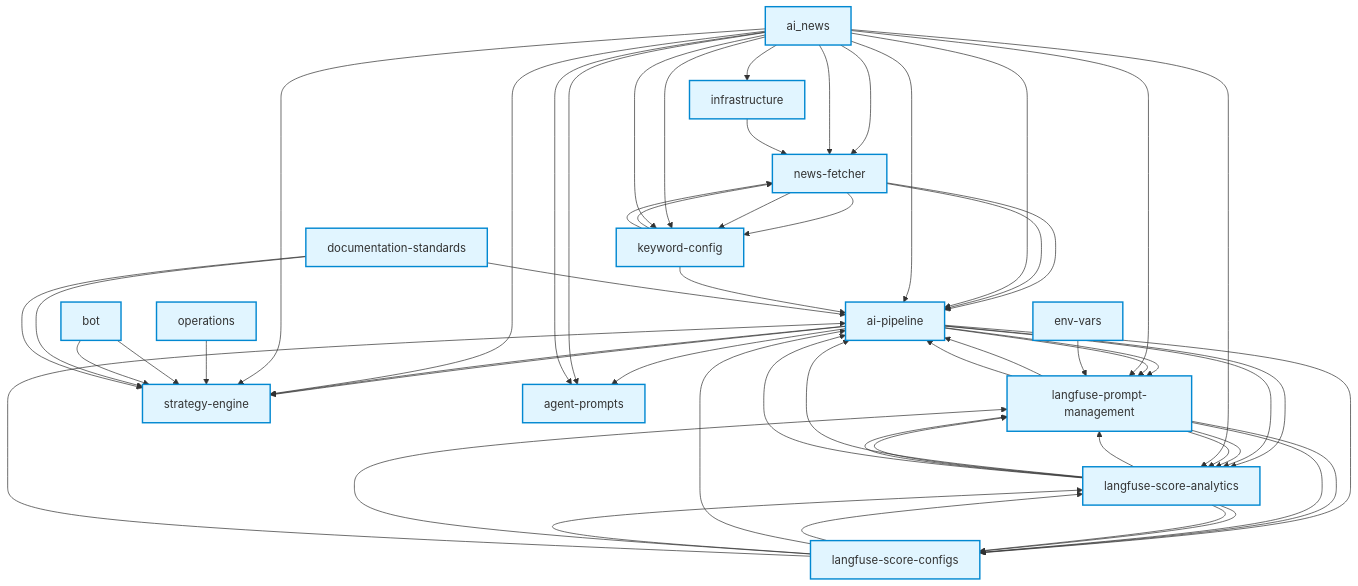
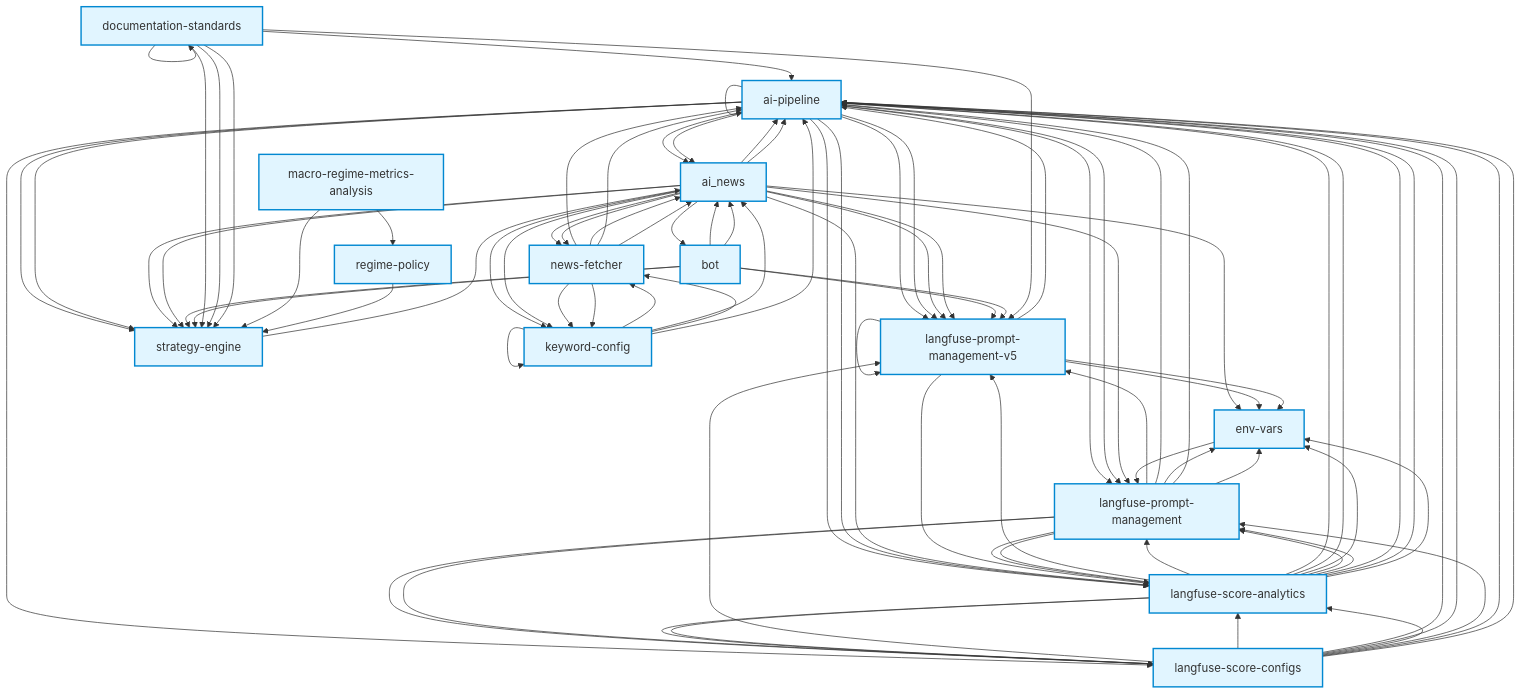
One commit to joysrr/InvestmentLineNotify changed the diagram in docs/meta/concept-graph.mmd. Above: the diagram before and after it, drawn with Mermaid. The commit also changed 7 other files, not shown here.

```diff
--- a/docs/meta/concept-graph.mmd
+++ b/docs/meta/concept-graph.mmd
@@ -1,72 +1,108 @@
 graph TB
+  ai_pipeline[ai-pipeline] --> langfuse_prompt_management_v5[langfuse-prompt-management-v5]
+  ai_pipeline[ai-pipeline] --> langfuse_prompt_management_v5[langfuse-prompt-management-v5]
   ai_pipeline[ai-pipeline] --> langfuse_prompt_management[langfuse-prompt-management]
   ai_pipeline[ai-pipeline] --> langfuse_score_analytics[langfuse-score-analytics]
+  ai_pipeline[ai-pipeline] --> ai_pipeline[ai-pipeline]
+  ai_pipeline[ai-pipeline] --> ai_news[ai_news]
   ai_pipeline[ai-pipeline] --> strategy_engine[strategy-engine]
+  ai_pipeline[ai-pipeline] --> ai_pipeline[ai-pipeline]
   ai_pipeline[ai-pipeline] --> langfuse_prompt_management[langfuse-prompt-management]
   ai_pipeline[ai-pipeline] --> langfuse_score_analytics[langfuse-score-analytics]
   ai_pipeline[ai-pipeline] --> langfuse_score_configs[langfuse-score-configs]
-  ai_pipeline[ai-pipeline] --> agent_prompts[agent-prompts]
   ai_pipeline[ai-pipeline] --> strategy_engine[strategy-engine]
+  ai_pipeline[ai-pipeline] --> ai_news[ai_news]
+  ai_news[ai_news] --> ai_pipeline[ai-pipeline]
+  ai_news[ai_news] --> langfuse_prompt_management[langfuse-prompt-management]
+  ai_news[ai_news] --> langfuse_score_analytics[langfuse-score-analytics]
+  ai_news[ai_news] --> news_fetcher[news-fetcher]
+  ai_news[ai_news] --> keyword_config[keyword-config]
+  ai_news[ai_news] --> langfuse_prompt_management_v5[langfuse-prompt-management-v5]
+  ai_news[ai_news] --> langfuse_prompt_management_v5[langfuse-prompt-management-v5]
+  ai_news[ai_news] --> news_fetcher[news-fetcher]
+  ai_news[ai_news] --> keyword_config[keyword-config]
+  ai_news[ai_news] --> ai_pipeline[ai-pipeline]
+  ai_news[ai_news] --> strategy_engine[strategy-engine]
+  ai_news[ai_news] --> env_vars[env-vars]
+  ai_news[ai_news] --> strategy_engine[strategy-engine]
+  ai_news[ai_news] --> bot[bot]
+  strategy_engine[strategy-engine] --> ai_news[ai_news]
+  langfuse_prompt_management_v5[langfuse-prompt-management-v5] --> langfuse_prompt_management_v5[langfuse-prompt-management-v5]
+  langfuse_prompt_management_v5[langfuse-prompt-management-v5] --> langfuse_prompt_management_v5[langfuse-prompt-management-v5]
+  langfuse_prompt_management_v5[langfuse-prompt-management-v5] --> env_vars[env-vars]
+  langfuse_prompt_management_v5[langfuse-prompt-management-v5] --> langfuse_score_analytics[langfuse-score-analytics]
+  langfuse_prompt_management_v5[langfuse-prompt-management-v5] --> ai_pipeline[ai-pipeline]
+  langfuse_prompt_management_v5[langfuse-prompt-management-v5] --> env_vars[env-vars]
+  langfuse_prompt_management[langfuse-prompt-management] --> langfuse_prompt_management_v5[langfuse-prompt-management-v5]
   langfuse_prompt_management[langfuse-prompt-management] --> langfuse_score_analytics[langfuse-score-analytics]
   langfuse_prompt_management[langfuse-prompt-management] --> langfuse_score_configs[langfuse-score-configs]
   langfuse_prompt_management[langfuse-prompt-management] --> ai_pipeline[ai-pipeline]
+  langfuse_prompt_management[langfuse-prompt-management] --> env_vars[env-vars]
   langfuse_prompt_management[langfuse-prompt-management] --> langfuse_score_analytics[langfuse-score-analytics]
   langfuse_prompt_management[langfuse-prompt-management] --> langfuse_score_configs[langfuse-score-configs]
   langfuse_prompt_management[langfuse-prompt-management] --> ai_pipeline[ai-pipeline]
+  langfuse_prompt_management[langfuse-prompt-management] --> env_vars[env-vars]
+  langfuse_score_analytics[langfuse-score-analytics] --> langfuse_prompt_management_v5[langfuse-prompt-management-v5]
   langfuse_score_analytics[langfuse-score-analytics] --> langfuse_prompt_management[langfuse-prompt-management]
   langfuse_score_analytics[langfuse-score-analytics] --> ai_pipeline[ai-pipeline]
+  langfuse_score_analytics[langfuse-score-analytics] --> ai_pipeline[ai-pipeline]
+  langfuse_score_analytics[langfuse-score-analytics] --> env_vars[env-vars]
   langfuse_score_analytics[langfuse-score-analytics] --> langfuse_score_configs[langfuse-score-configs]
   langfuse_score_analytics[langfuse-score-analytics] --> langfuse_prompt_management[langfuse-prompt-management]
   langfuse_score_analytics[langfuse-score-analytics] --> langfuse_prompt_management[langfuse-prompt-management]
   langfuse_score_analytics[langfuse-score-analytics] --> langfuse_score_configs[langfuse-score-configs]
   langfuse_score_analytics[langfuse-score-analytics] --> ai_pipeline[ai-pipeline]
+  langfuse_score_analytics[langfuse-score-analytics] --> ai_pipeline[ai-pipeline]
+  langfuse_score_analytics[langfuse-score-analytics] --> env_vars[env-vars]
   news_fetcher[news-fetcher] --> keyword_config[keyword-config]
   news_fetcher[news-fetcher] --> ai_pipeline[ai-pipeline]
+  news_fetcher[news-fetcher] --> ai_news[ai_news]
   news_fetcher[news-fetcher] --> keyword_config[keyword-config]
   news_fetcher[news-fetcher] --> ai_pipeline[ai-pipeline]
-  ai_news[ai_news] --> ai_pipeline[ai-pipeline]
-  ai_news[ai_news] --> langfuse_prompt_management[langfuse-prompt-management]
-  ai_news[ai_news] --> langfuse_score_analytics[langfuse-score-analytics]
-  ai_news[ai_news] --> news_fetcher[news-fetcher]
-  ai_news[ai_news] --> keyword_config[keyword-config]
-  ai_news[ai_news] --> agent_prompts[agent-prompts]
-  ai_news[ai_news] --> news_fetcher[news-fetcher]
-  ai_news[ai_news] --> keyword_config[keyword-config]
-  ai_news[ai_news] --> ai_pipeline[ai-pipeline]
-  ai_news[ai_news] --> agent_prompts[agent-prompts]
-  ai_news[ai_news] --> strategy_engine[strategy-engine]
-  ai_news[ai_news] --> strategy_engine[strategy-engine]
-  ai_news[ai_news] --> infrastructure[infrastructure]
+  news_fetcher[news-fetcher] --> ai_news[ai_news]
+  bot[bot] --> ai_news[ai_news]
+  bot[bot] --> strategy_engine[strategy-engine]
+  bot[bot] --> langfuse_prompt_management_v5[langfuse-prompt-management-v5]
+  bot[bot] --> ai_news[ai_news]
+  bot[bot] --> strategy_engine[strategy-engine]
+  bot[bot] --> langfuse_prompt_management_v5[langfuse-prompt-management-v5]
+  env_vars[env-vars] --> langfuse_prompt_management[langfuse-prompt-management]
+  langfuse_score_configs[langfuse-score-configs] --> langfuse_prompt_management_v5[langfuse-prompt-management-v5]
   langfuse_score_configs[langfuse-score-configs] --> langfuse_score_analytics[langfuse-score-analytics]
+  langfuse_score_configs[langfuse-score-configs] --> ai_pipeline[ai-pipeline]
   langfuse_score_configs[langfuse-score-configs] --> ai_pipeline[ai-pipeline]
   langfuse_score_configs[langfuse-score-configs] --> langfuse_score_analytics[langfuse-score-analytics]
   langfuse_score_configs[langfuse-score-configs] --> langfuse_prompt_management[langfuse-prompt-management]
   langfuse_score_configs[langfuse-score-configs] --> ai_pipeline[ai-pipeline]
+  langfuse_score_configs[langfuse-score-configs] --> ai_pipeline[ai-pipeline]
   keyword_config[keyword-config] --> news_fetcher[news-fetcher]
+  keyword_config[keyword-config] --> ai_news[ai_news]
   keyword_config[keyword-config] --> news_fetcher[news-fetcher]
   keyword_config[keyword-config] --> ai_pipeline[ai-pipeline]
-  operations[operations] --> strategy_engine[strategy-engine]
-  bot[bot] --> strategy_engine[strategy-engine]
-  bot[bot] --> strategy_engine[strategy-engine]
+  keyword_config[keyword-config] --> keyword_config[keyword-config]
+  documentation_standards[documentation-standards] --> documentation_standards[documentation-standards]
   documentation_standards[documentation-standards] --> strategy_engine[strategy-engine]
   documentation_standards[documentation-standards] --> ai_pipeline[ai-pipeline]
+  documentation_standards[documentation-standards] --> langfuse_prompt_management_v5[langfuse-prompt-management-v5]
   documentation_standards[documentation-standards] --> strategy_engine[strategy-engine]
-  infrastructure[infrastructure] --> news_fetcher[news-fetcher]
-  env_vars[env-vars] --> langfuse_prompt_management[langfuse-prompt-management]
+  documentation_standards[documentation-standards] --> strategy_engine[strategy-engine]
+  macro_regime_metrics_analysis[macro-regime-metrics-analysis] --> strategy_engine[strategy-engine]
+  macro_regime_metrics_analysis[macro-regime-metrics-analysis] --> regime_policy[regime-policy]
+  regime_policy[regime-policy] --> strategy_engine[strategy-engine]
 
   classDef coreNode fill:#e1f5ff,stroke:#0288d1,stroke-width:2px
   class ai_pipeline coreNode
+  class ai_news coreNode
   class strategy_engine coreNode
+  class langfuse_prompt_management_v5 coreNode
   class langfuse_prompt_management coreNode
   class langfuse_score_analytics coreNode
   class news_fetcher coreNode
-  class ai_news coreNode
+  class bot coreNode
+  class env_vars coreNode
   class langfuse_score_configs coreNode
   class keyword_config coreNode
-  class agent_prompts coreNode
-  class operations coreNode
-  class bot coreNode
   class documentation_standards coreNode
-  class infrastructure coreNode
-  class env_vars coreNode
-  class presentation coreNode
+  class macro_regime_metrics_analysis coreNode
+  class api coreNode
+  class regime_policy coreNode
```
